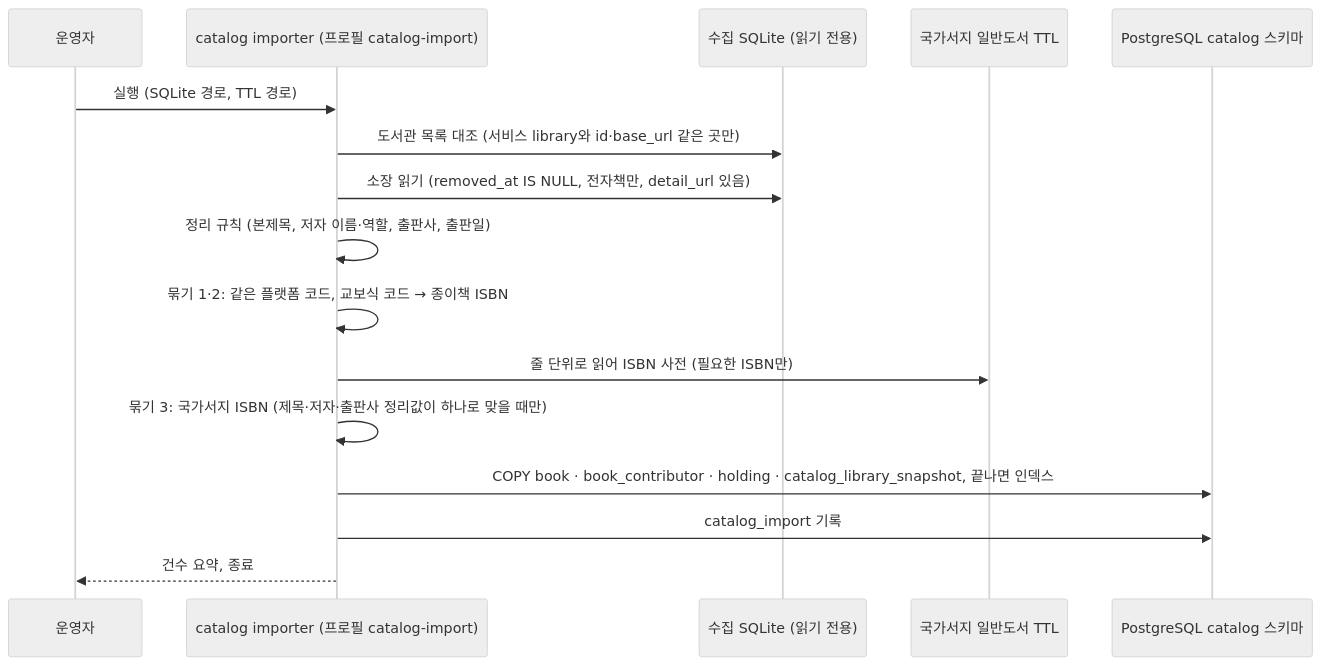
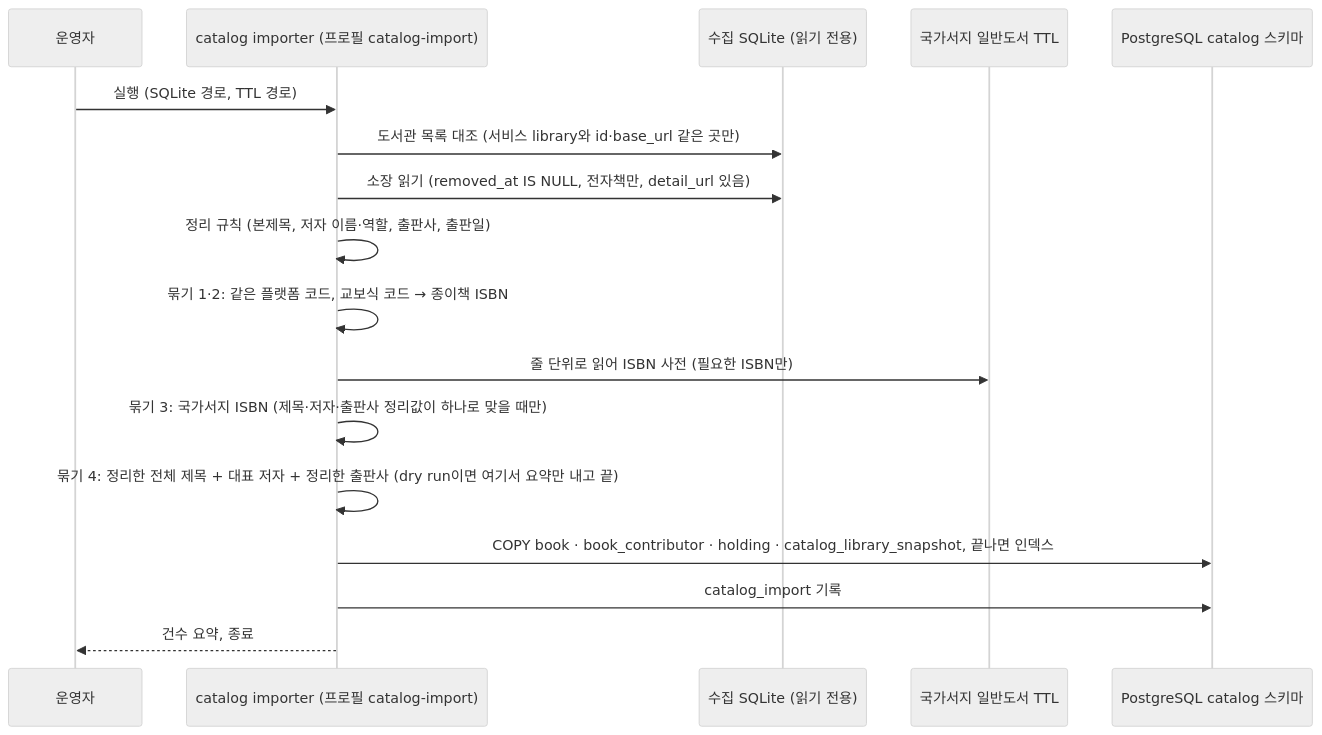
One commit to hodu-sketch/chaekcheck-plan changed the ninth of 9 diagrams in docs/current/flows.md. Above: the diagram before and after it, drawn with Mermaid (neutral theme). The commit also changed other lines of this file and 22 other files, not shown here.

````diff
--- a/docs/current/flows.md
+++ b/docs/current/flows.md
@@ -238,18 +240,19 @@
 ```mermaid
 sequenceDiagram
   participant O as 운영자
   participant I as catalog importer (프로필 catalog-import)
   participant Q as 수집 SQLite (읽기 전용)
   participant T as 국가서지 일반도서 TTL
   participant P as PostgreSQL catalog 스키마
   O->>I: 실행 (SQLite 경로, TTL 경로)
   I->>Q: 도서관 목록 대조 (서비스 library와 id·base_url 같은 곳만)
   I->>Q: 소장 읽기 (removed_at IS NULL, 전자책만, detail_url 있음)
   I->>I: 정리 규칙 (본제목, 저자 이름·역할, 출판사, 출판일)
   I->>I: 묶기 1·2: 같은 플랫폼 코드, 교보식 코드 → 종이책 ISBN
   I->>T: 줄 단위로 읽어 ISBN 사전 (필요한 ISBN만)
   I->>I: 묶기 3: 국가서지 ISBN (제목·저자·출판사 정리값이 하나로 맞을 때만)
+  I->>I: 묶기 4: 정리한 전체 제목 + 대표 저자 + 정리한 출판사 (dry run이면 여기서 요약만 내고 끝)
   I->>P: COPY book · book_contributor · holding · catalog_library_snapshot, 끝나면 인덱스
   I->>P: catalog_import 기록
   I-->>O: 건수 요약, 종료
 ```
````
